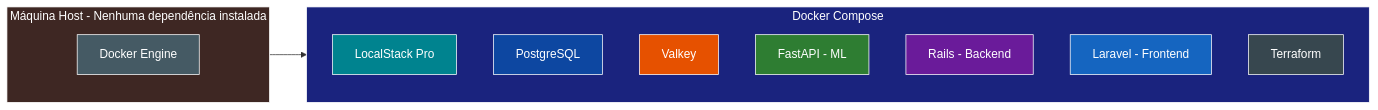
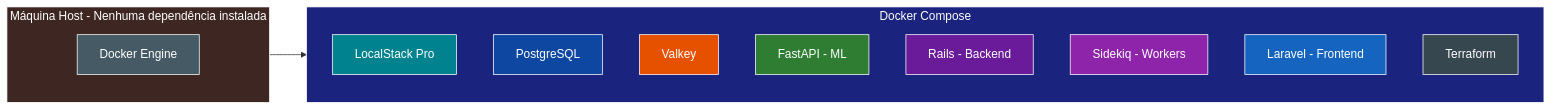
The first of 3 diagrams in docs/02-requisitos-nao-funcionais.md (DessimA/tech-mind), drawn with Mermaid before and after one commit. The commit also changed other lines of this file, not shown here.

Commit message:
docs(core): align RNF07 with retry+fallback and add Sidekiq to diagram

````diff
--- a/docs/02-requisitos-nao-funcionais.md
+++ b/docs/02-requisitos-nao-funcionais.md
@@ -12,30 +12,32 @@
 ```mermaid
 flowchart LR
     subgraph Host [Máquina Host - Nenhuma dependência instalada]
         Docker[Docker Engine]
     end
 
     subgraph Compose [Docker Compose]
         direction TB
         LS[LocalStack Pro]
         PG[PostgreSQL]
         VK[Valkey]
         ML[FastAPI - ML]
         BE[Rails - Backend]
+        SQ[Sidekiq - Workers]
         FE[Laravel - Frontend]
         TF[Terraform]
     end
 
     Host --> Compose
 
     style Host fill:#3E2723,color:#fff,stroke:#fff
     style Docker fill:#455A64,color:#fff,stroke:#fff
     style Compose fill:#1A237E,color:#fff,stroke:#fff
     style LS fill:#00838F,color:#fff,stroke:#fff
     style PG fill:#0D47A1,color:#fff,stroke:#fff
     style VK fill:#E65100,color:#fff,stroke:#fff
     style ML fill:#2E7D32,color:#fff,stroke:#fff
     style BE fill:#6A1B9A,color:#fff,stroke:#fff
+    style SQ fill:#8E24AA,color:#fff,stroke:#fff
     style FE fill:#1565C0,color:#fff,stroke:#fff
     style TF fill:#37474F,color:#fff,stroke:#fff
 ```
````
